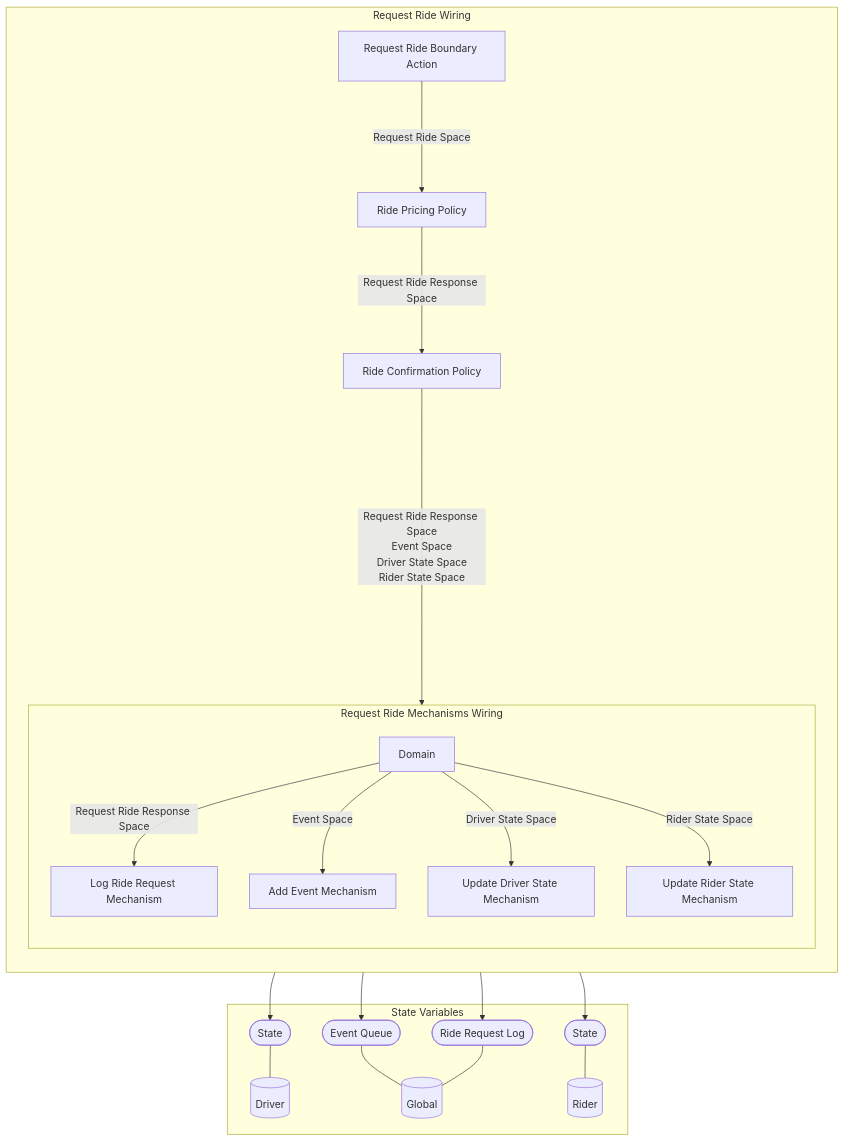
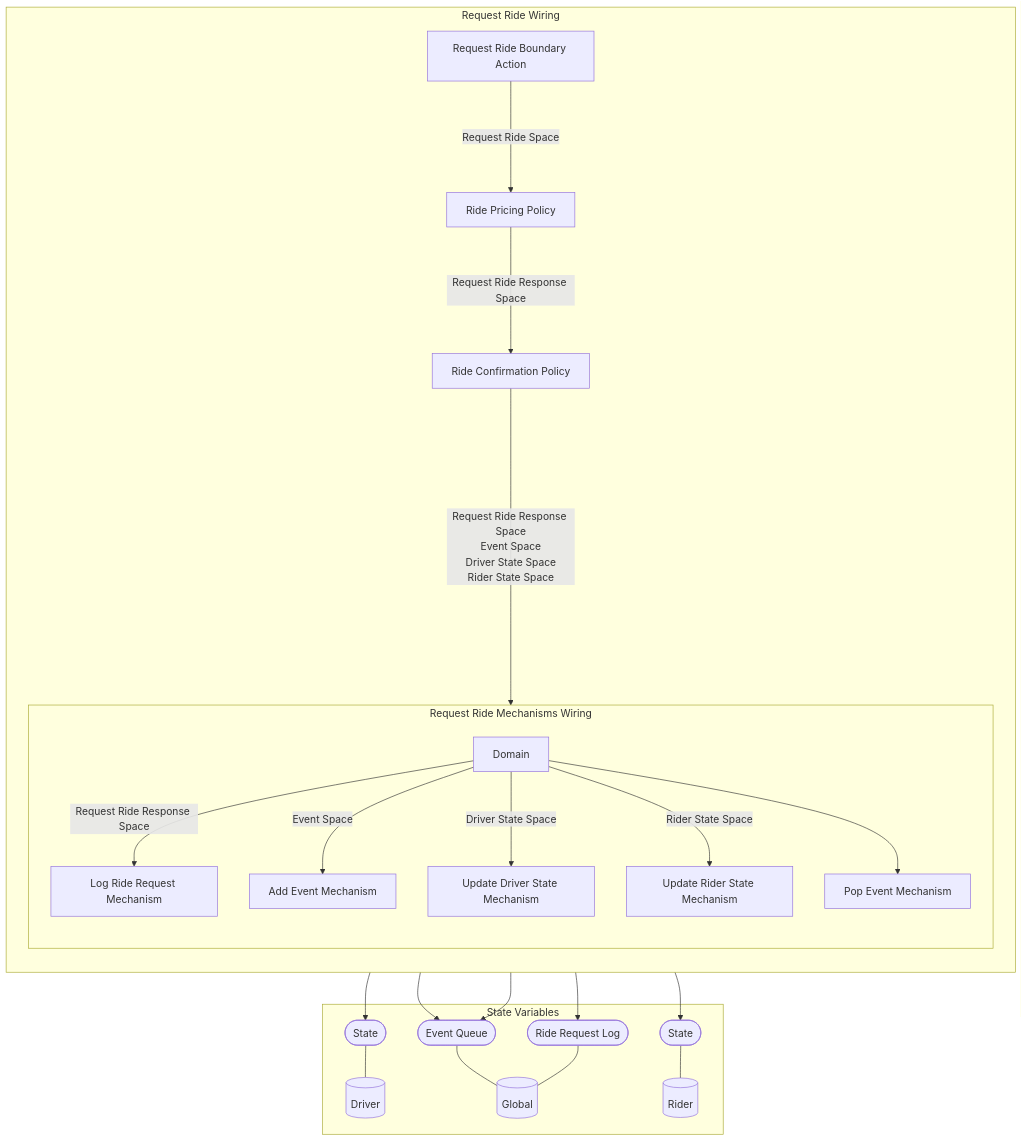
One commit to BlockScience/rideshare-model changed the diagram in reports/markdown/Displays/Wiring/All Top Level Wirings.md. Above: the diagram before and after it, drawn with Mermaid. The commit also changed other lines of this file and 12 other files, not shown here.

Commit message:
Add pop event to spec

````diff
--- a/reports/markdown/Displays/Wiring/All Top Level Wirings.md
+++ b/reports/markdown/Displays/Wiring/All Top Level Wirings.md
@@ -3,49 +3,52 @@
 ```mermaid
 graph TB
 
 subgraph SVS["State Variables"]
 EE0[("Driver")]
 EE1[("Global")]
 EE2[("Rider")]
 EES0(["State"])
 EES0 --- EE0
 EES1(["Event Queue"])
 EES1 --- EE1
 EES2(["Ride Request Log"])
 EES2 --- EE1
 EES3(["State"])
 EES3 --- EE2
 end
 
-subgraph X11["Request Ride Wiring"]
+subgraph X12["Request Ride Wiring"]
 direction TB
 X1["Request Ride Boundary Action"]
 X2["Ride Pricing Policy"]
 X3["Ride Confirmation Policy"]
-subgraph X10["Request Ride Mechanisms Wiring"]
+subgraph X11["Request Ride Mechanisms Wiring"]
 direction TB
 X4["Log Ride Request Mechanism"]
 X4 --> EES2
 X5["Add Event Mechanism"]
 X5 --> EES1
 X6["Update Driver State Mechanism"]
 X6 --> EES0
 X7["Update Rider State Mechanism"]
 X7 --> EES3
-X8[Domain]
+X8["Pop Event Mechanism"]
+X8 --> EES1
+X9[Domain]
 
 direction LR
 direction TB
-X8 --"Request Ride Response Space"--> X4
-X8 --"Event Space"--> X5
-X8 --"Driver State Space"--> X6
-X8 --"Rider State Space"--> X7
+X9 --"Request Ride Response Space"--> X4
+X9 --"Event Space"--> X5
+X9 --"Driver State Space"--> X6
+X9 --"Rider State Space"--> X7
+X9 --> X8
 end
 X1--"Request Ride Space"--->X2
 X2--"Request Ride Response Space"--->X3
 X3--"Request Ride Response Space
 Event Space
 Driver State Space
-Rider State Space"------>X10
+Rider State Space"------>X11
 end
 ```
````
